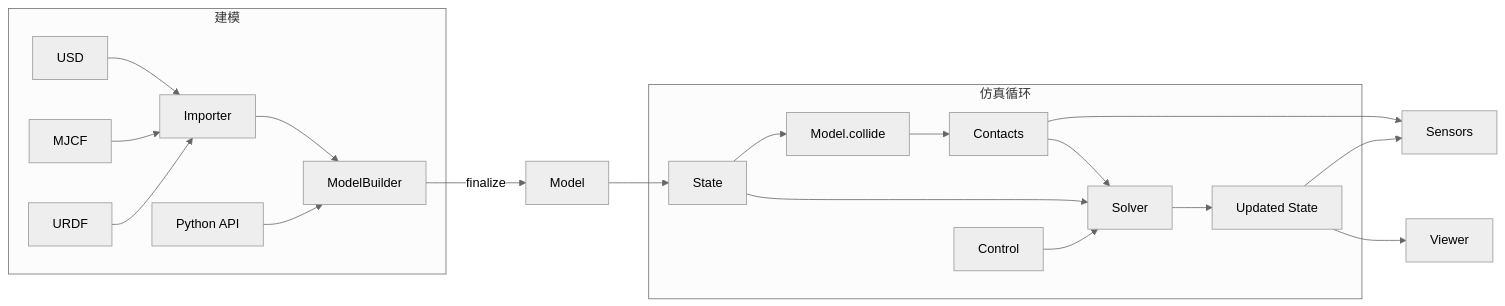
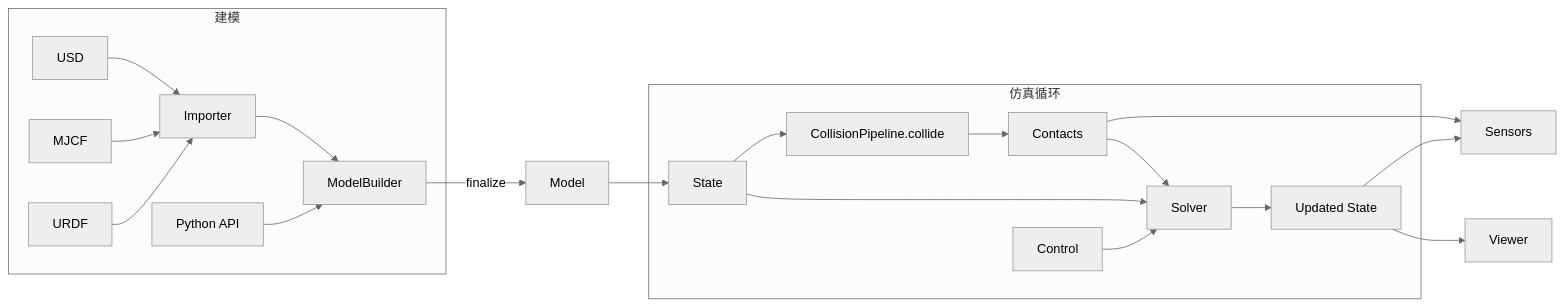
Before and after one commit to ImChong/Robotics_Notebooks: the diagram in wiki/entities/newton-physics.md, drawn with Mermaid (neutral theme). The commit also changed other lines of this file and 25 other files, not shown here.

````diff
--- a/wiki/entities/newton-physics.md
+++ b/wiki/entities/newton-physics.md
@@ -68,26 +70,26 @@
 ```mermaid
 flowchart LR
   subgraph Authoring["建模"]
     P[Python API] --> MB[ModelBuilder]
     URDF[URDF] --> IMP[Importer]
     MJCF[MJCF] --> IMP
     USD[USD] --> IMP
     IMP --> MB
   end
 
   MB -->|finalize| M[Model]
 
   subgraph Loop["仿真循环"]
-    S[State] --> COL[Model.collide]
+    S[State] --> COL[CollisionPipeline.collide]
     COL --> CT[Contacts]
     CTL[Control] --> SOL[Solver]
     S --> SOL
     CT --> SOL
     SOL --> S2[Updated State]
   end
 
   M --> S
   S2 --> SNS[Sensors]
   CT --> SNS
   S2 --> V[Viewer]
 ```
````
